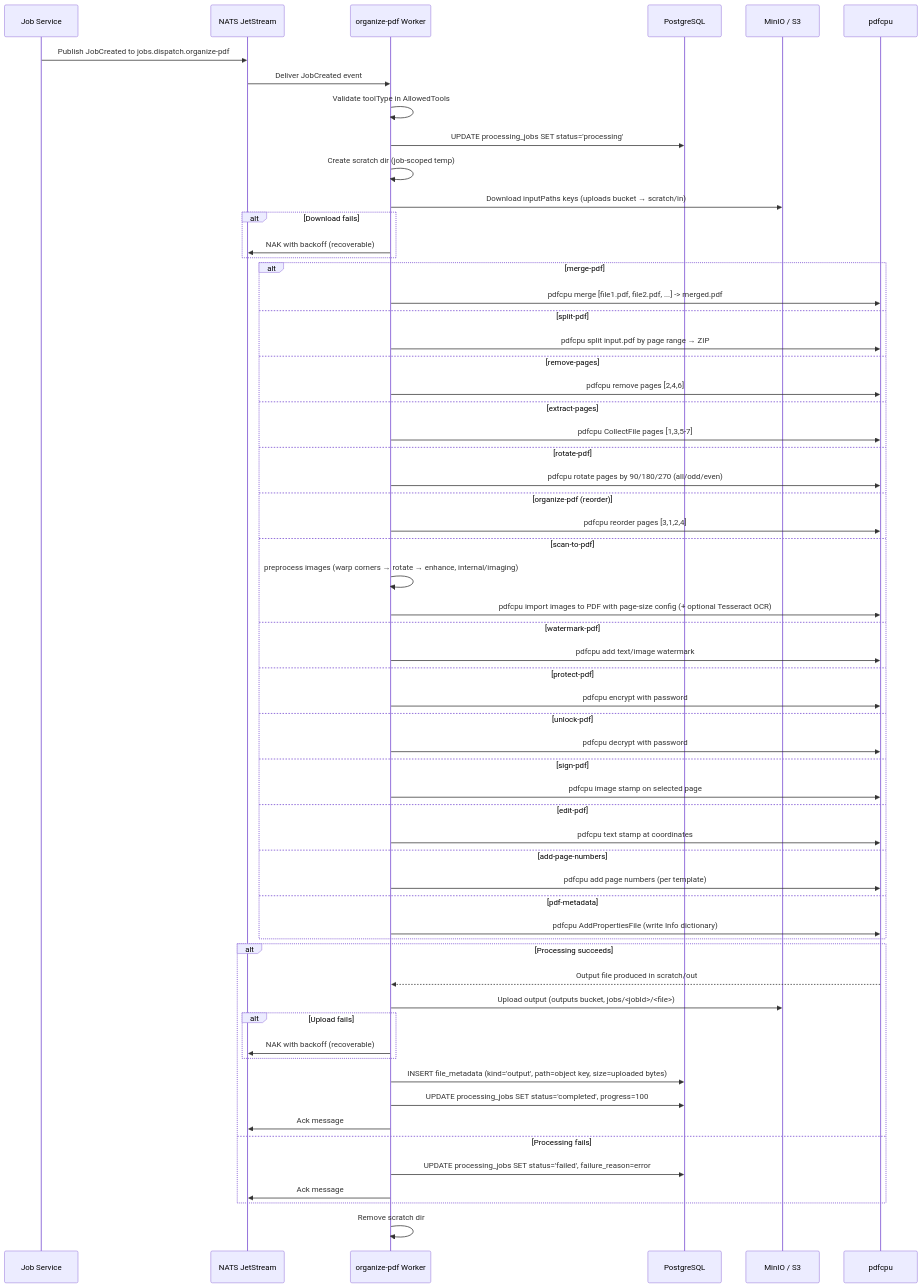
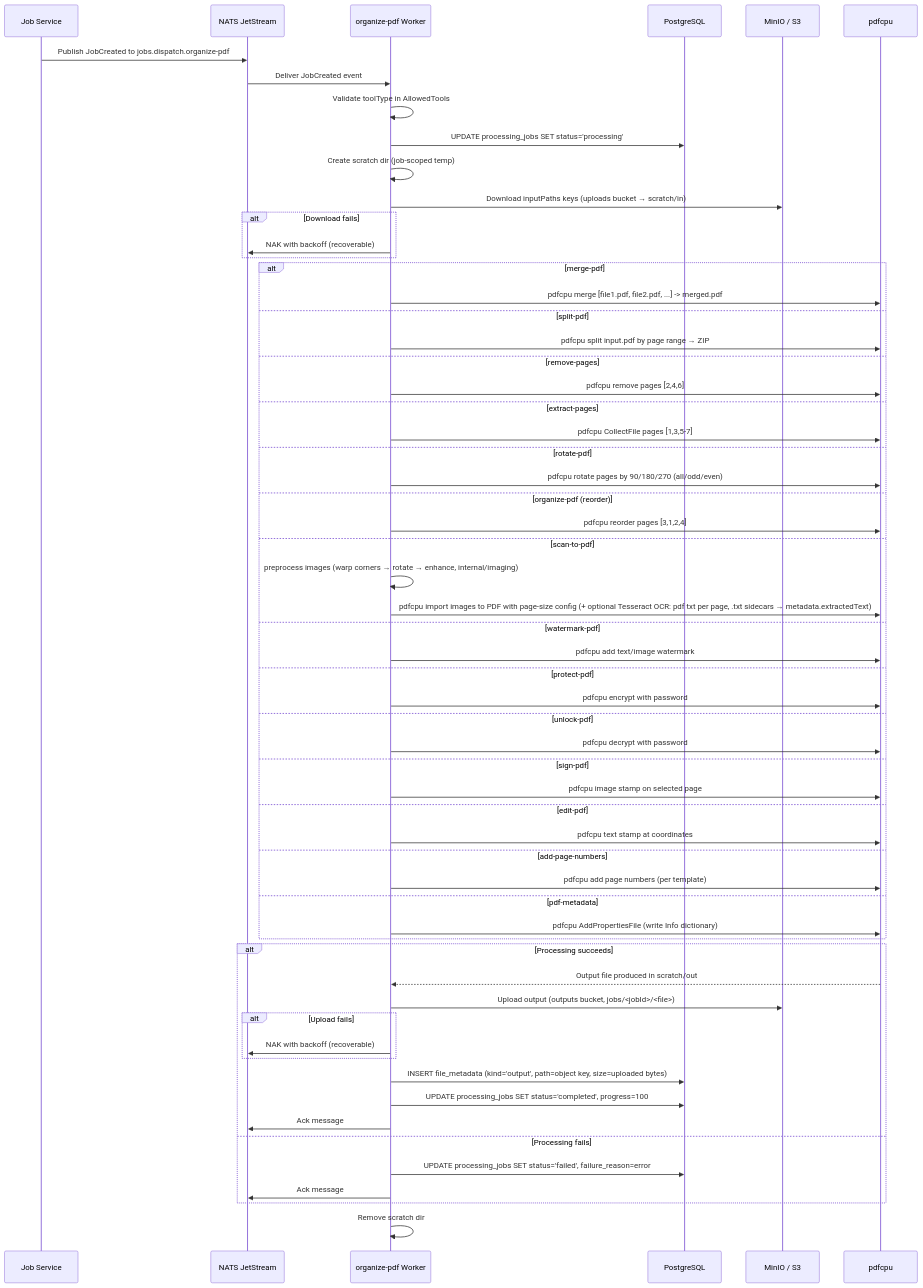
The first of 4 diagrams in docs/developer/services/organize-pdf.md (code-farms/fyredocs_backend), drawn with Mermaid before and after one commit. The commit also changed other lines of this file and 21 other files, not shown here.

First line of the commit message:
feat: Enhance OCR PDF processing and metadata handling

````diff
--- a/docs/developer/services/organize-pdf.md
+++ b/docs/developer/services/organize-pdf.md
@@ -697,67 +703,67 @@
 ```mermaid
 sequenceDiagram
     participant JS as Job Service
     participant NATS as NATS JetStream
     participant W as organize-pdf Worker
     participant DB as PostgreSQL
     participant S3 as MinIO / S3
     participant PC as pdfcpu
 
     JS->>NATS: Publish JobCreated to jobs.dispatch.organize-pdf
     NATS->>W: Deliver JobCreated event
 
     W->>W: Validate toolType in AllowedTools
     W->>DB: UPDATE processing_jobs SET status='processing'
 
     W->>W: Create scratch dir (job-scoped temp)
     W->>S3: Download inputPaths keys (uploads bucket → scratch/in)
     alt Download fails
         W->>NATS: NAK with backoff (recoverable)
     end
 
     alt merge-pdf
         W->>PC: pdfcpu merge [file1.pdf, file2.pdf, ...] -> merged.pdf
     else split-pdf
         W->>PC: pdfcpu split input.pdf by page range → ZIP
     else remove-pages
         W->>PC: pdfcpu remove pages [2,4,6]
     else extract-pages
         W->>PC: pdfcpu CollectFile pages [1,3,5-7]
     else rotate-pdf
         W->>PC: pdfcpu rotate pages by 90/180/270 (all/odd/even)
     else organize-pdf (reorder)
         W->>PC: pdfcpu reorder pages [3,1,2,4]
     else scan-to-pdf
         W->>W: preprocess images (warp corners → rotate → enhance, internal/imaging)
-        W->>PC: pdfcpu import images to PDF with page-size config (+ optional Tesseract OCR)
+        W->>PC: pdfcpu import images to PDF with page-size config (+ optional Tesseract OCR: pdf txt per page, .txt sidecars → metadata.extractedText)
     else watermark-pdf
         W->>PC: pdfcpu add text/image watermark
     else protect-pdf
         W->>PC: pdfcpu encrypt with password
     else unlock-pdf
         W->>PC: pdfcpu decrypt with password
     else sign-pdf
         W->>PC: pdfcpu image stamp on selected page
     else edit-pdf
         W->>PC: pdfcpu text stamp at coordinates
     else add-page-numbers
         W->>PC: pdfcpu add page numbers (per template)
     else pdf-metadata
         W->>PC: pdfcpu AddPropertiesFile (write Info dictionary)
     end
 
     alt Processing succeeds
         PC-->>W: Output file produced in scratch/out
         W->>S3: Upload output (outputs bucket, jobs/<jobId>/<file>)
         alt Upload fails
             W->>NATS: NAK with backoff (recoverable)
         end
         W->>DB: INSERT file_metadata (kind='output', path=object key, size=uploaded bytes)
         W->>DB: UPDATE processing_jobs SET status='completed', progress=100
         W->>NATS: Ack message
     else Processing fails
         W->>DB: UPDATE processing_jobs SET status='failed', failure_reason=error
         W->>NATS: Ack message
     end
     W->>W: Remove scratch dir
 ```
````
